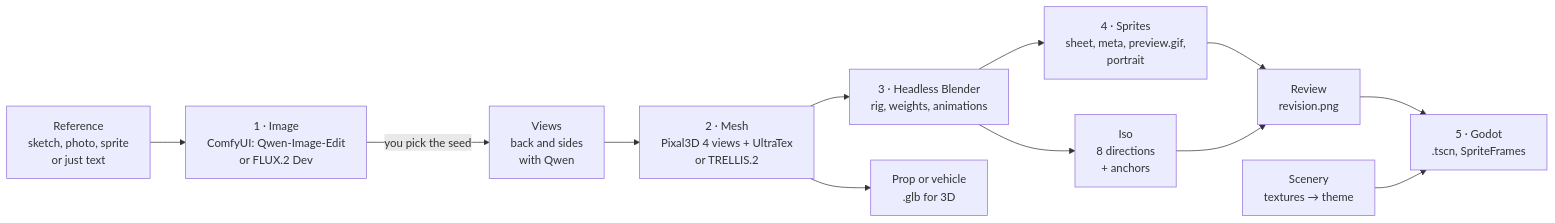
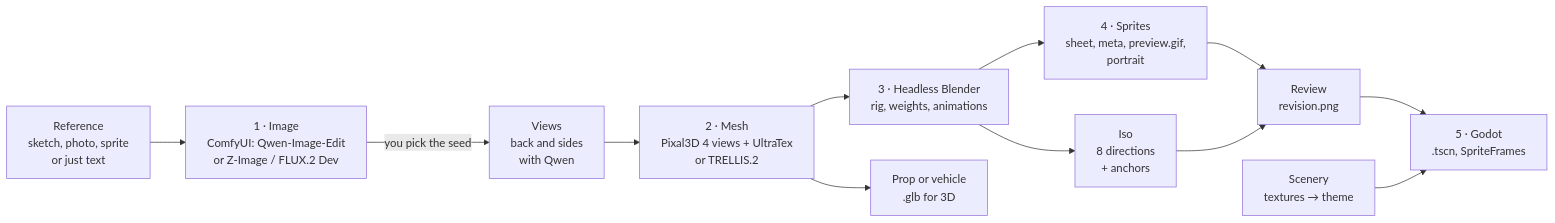
One commit to facundoAlmon/AssetCrisol changed the diagram in README.en.md. Above: the diagram before and after it, drawn with Mermaid. The commit also changed other lines of this file and 3 other files, not shown here.

Commit message:
Docs: Z-Image Turbo como motor sin referencia por defecto (+ receta con Qwen) y estilos: moderno y moderno_juguete comparten prompt

````diff
--- a/README.en.md
+++ b/README.en.md
@@ -54,14 +55,14 @@
 ```mermaid
 flowchart LR
-    REF["Reference<br/>sketch, photo, sprite<br/>or just text"] --> IMG["1 · Image<br/>ComfyUI: Qwen-Image-Edit<br/>or FLUX.2 Dev"]
+    REF["Reference<br/>sketch, photo, sprite<br/>or just text"] --> IMG["1 · Image<br/>ComfyUI: Qwen-Image-Edit<br/>or Z-Image / FLUX.2 Dev"]
     IMG -->|"you pick the seed"| VIS["Views<br/>back and sides<br/>with Qwen"]
     VIS --> MALLA["2 · Mesh<br/>Pixal3D 4 views + UltraTex<br/>or TRELLIS.2"]
     MALLA --> BL["3 · Headless Blender<br/>rig, weights, animations"]
     BL --> SPR["4 · Sprites<br/>sheet, meta, preview.gif,<br/>portrait"]
     BL --> ISO["Iso<br/>8 directions<br/>+ anchors"]
     SPR --> REV["Review<br/>revision.png"]
     ISO --> REV
     REV --> GD["5 · Godot<br/>.tscn, SpriteFrames"]
     MALLA --> GLB["Prop or vehicle<br/>.glb for 3D"]
     TEX["Scenery<br/>textures → theme"] --> GD
 ```
````
